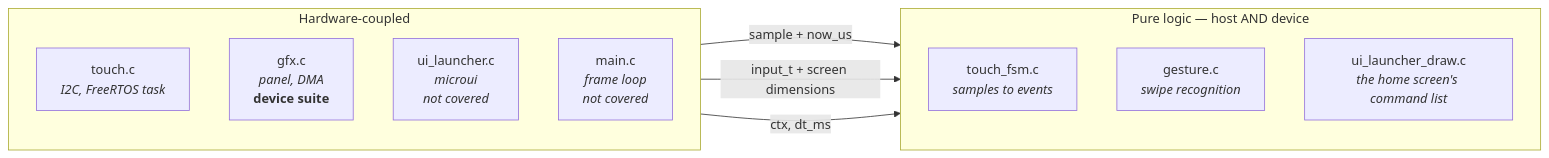
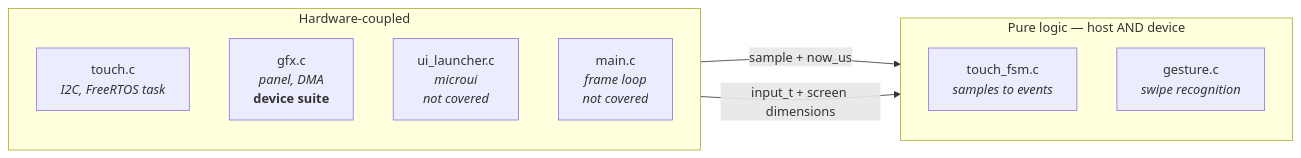
Before and after one commit to jose-villegas/autana: the second of 2 diagrams in docs/Testing-Guide.md, drawn with Mermaid. The commit also changed other lines of this file and 3 other files, not shown here.

````diff
--- a/docs/Testing-Guide.md
+++ b/docs/Testing-Guide.md
@@ -504,21 +502,19 @@
 ```mermaid
 flowchart LR
     subgraph hw["Hardware-coupled"]
         direction TB
         HW1["touch.c<br/><i>I2C, FreeRTOS task</i>"]
         HW2["gfx.c<br/><i>panel, DMA</i><br/><b>device suite</b>"]
         HW3["ui_launcher.c<br/><i>microui</i><br/><i>not covered</i>"]
         HW4["main.c<br/><i>frame loop</i><br/><i>not covered</i>"]
     end
 
     subgraph pure["Pure logic — host AND device"]
         direction TB
         P1["touch_fsm.c<br/><i>samples to events</i>"]
         P2["gesture.c<br/><i>swipe recognition</i>"]
-        P3["ui_launcher_draw.c<br/><i>the home screen's command list</i>"]
     end
 
     HW1 -->|"sample + now_us"| P1
     HW4 -->|"input_t + screen dimensions"| P2
-    HW3 -->|"ctx, dt_ms"| P3
 ```
````
